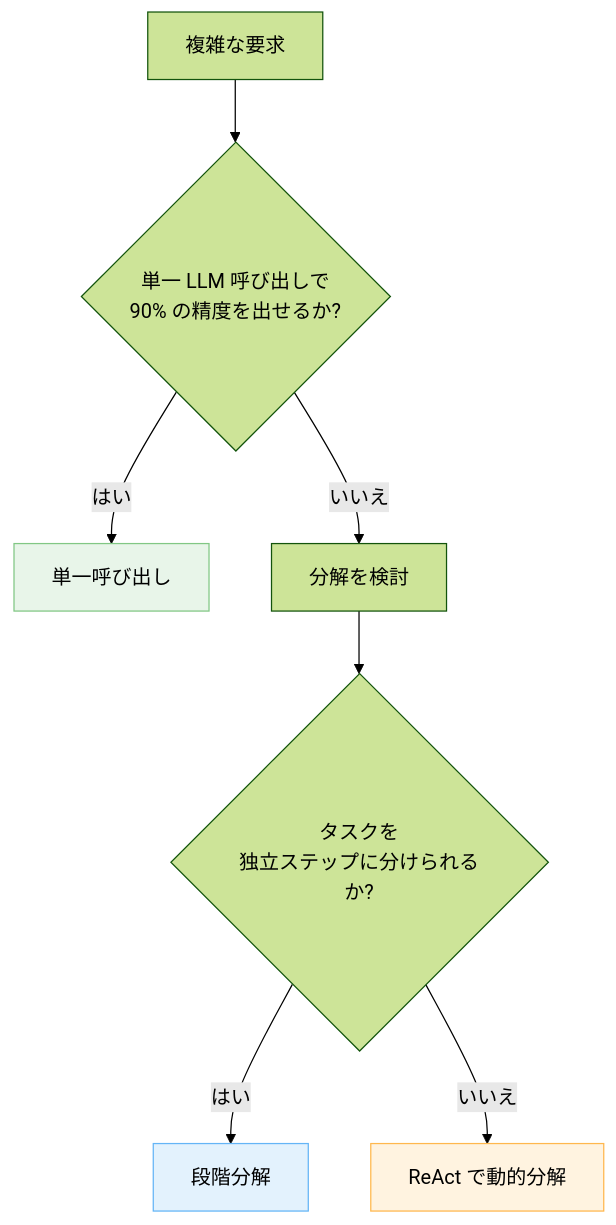
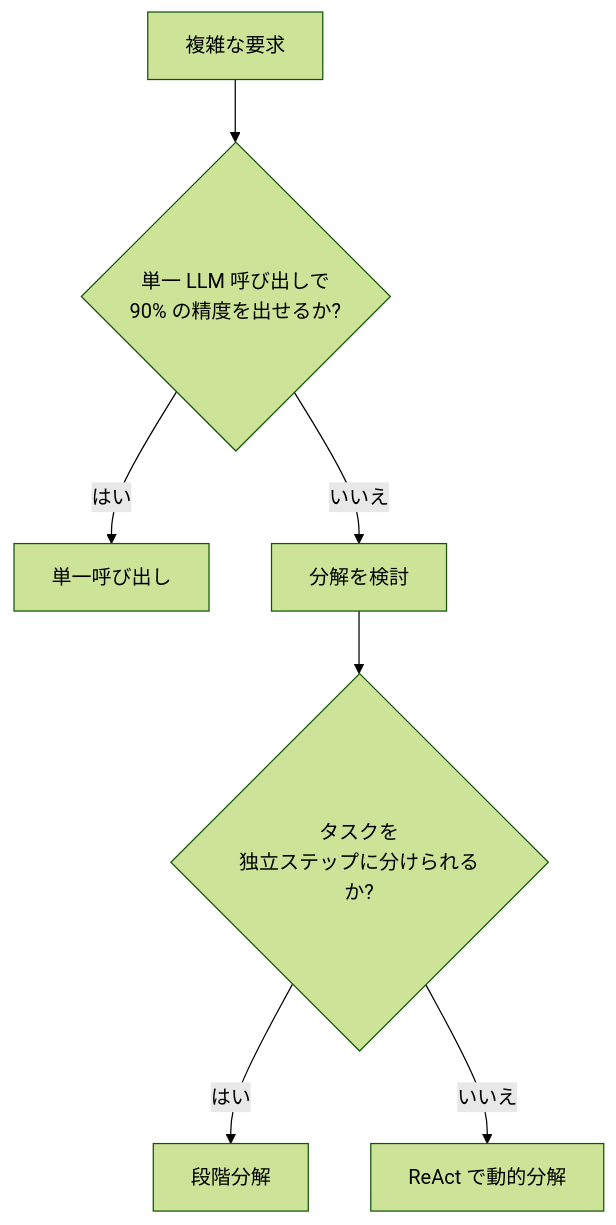
The third of 3 diagrams in docs/case-studies/複雑なタスクを-llm-に段階分解させて精度を上げた事例.md (dinekt/dinekt-wiki), drawn with Mermaid (forest theme) before and after one commit. The commit also changed other lines of this file and 70 other files, not shown here.

First line of the commit message:
fix(mermaid): strip all inline styling, rely on theme

````diff
--- a/docs/case-studies/複雑なタスクを-llm-に段階分解させて精度を上げた事例.md
+++ b/docs/case-studies/複雑なタスクを-llm-に段階分解させて精度を上げた事例.md
@@ -101,13 +95,10 @@
 ```mermaid
 flowchart TD
     Q[複雑な要求] --> A{単一 LLM 呼び出しで<br/>90% の精度を出せるか?}
     A -->|はい| S[単一呼び出し]
     A -->|いいえ| D[分解を検討]
     D --> D1{タスクを<br/>独立ステップに分けられるか?}
     D1 -->|はい| D2[段階分解]
     D1 -->|いいえ| D3[ReAct で動的分解]
 
-    style S fill:#e8f5e9,stroke:#81c784,color:#000
-    style D2 fill:#e3f2fd,stroke:#64b5f6,color:#000
-    style D3 fill:#fff3e0,stroke:#ffb74d,color:#000
 ```
````
